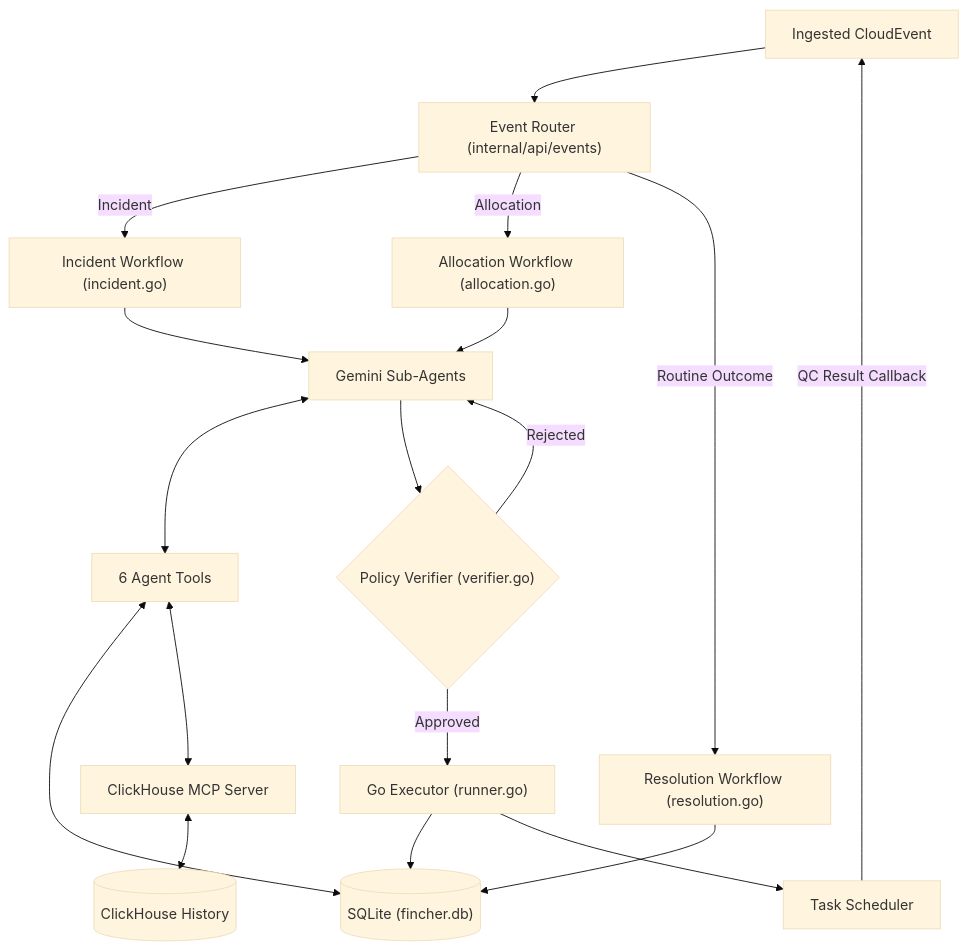
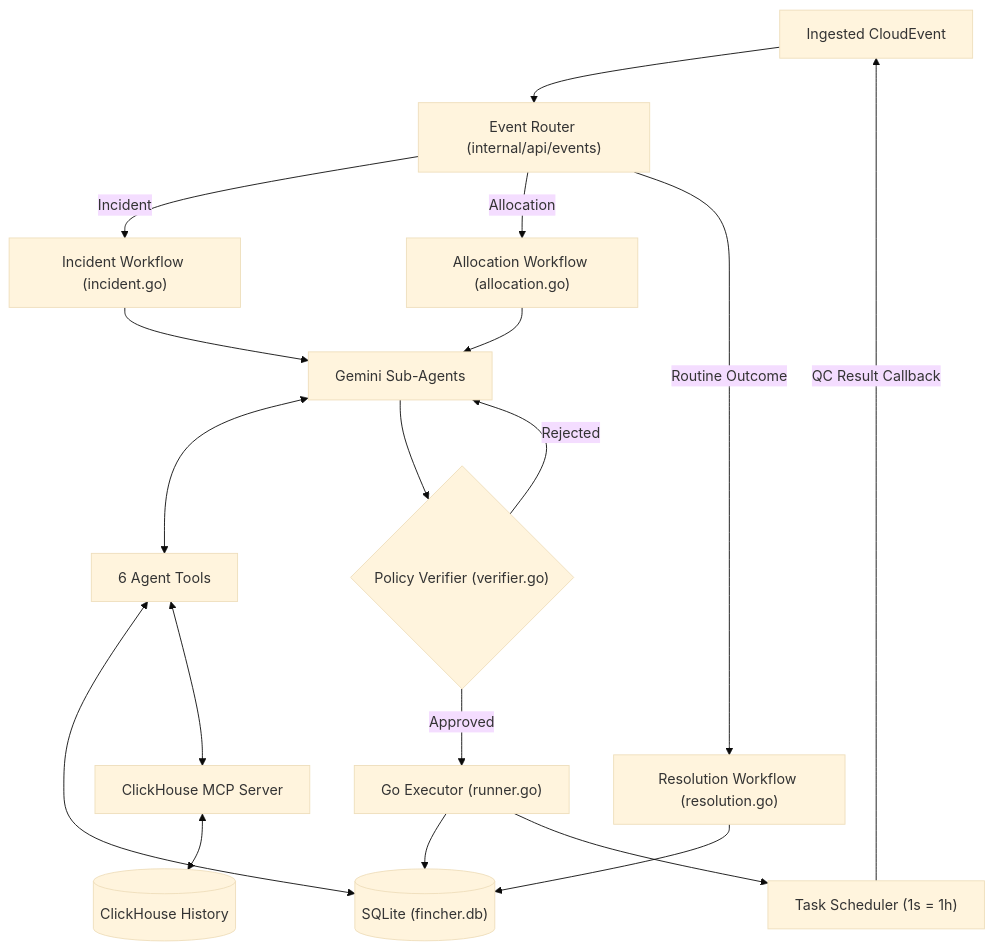
The first of 2 diagrams in README.md (elliot14A/fincher), drawn with Mermaid (base theme) before and after one commit. The commit also changed other lines of this file, not shown here.

````diff
--- a/README.md
+++ b/README.md
@@ -70,23 +71,23 @@
 ```mermaid
 flowchart TD
     EV["Ingested CloudEvent"] --> ROUTE["Event Router (internal/api/events)"]
     ROUTE -->|Incident| WFA["Incident Workflow (incident.go)"]
     ROUTE -->|Allocation| WFB["Allocation Workflow (allocation.go)"]
     ROUTE -->|Routine Outcome| WFC["Resolution Workflow (resolution.go)"]
 
     WFA --> AGENTS["Gemini Sub-Agents"]
     WFB --> AGENTS
 
     AGENTS <--> TOOLS["6 Agent Tools"]
     TOOLS <--> SQLITE[("SQLite (fincher.db)")]
     TOOLS <--> MCP["ClickHouse MCP Server"]
     MCP <--> CH[("ClickHouse History")]
 
     AGENTS --> VERIFY{"Policy Verifier (verifier.go)"}
     VERIFY -->|Rejected| AGENTS
     VERIFY -->|Approved| EXEC["Go Executor (runner.go)"]
     EXEC --> SQLITE
-    EXEC --> SCHED["Task Scheduler"]
+    EXEC --> SCHED["Task Scheduler (1s = 1h)"]
     SCHED -->|QC Result Callback| EV
     WFC --> SQLITE
 ```
````
